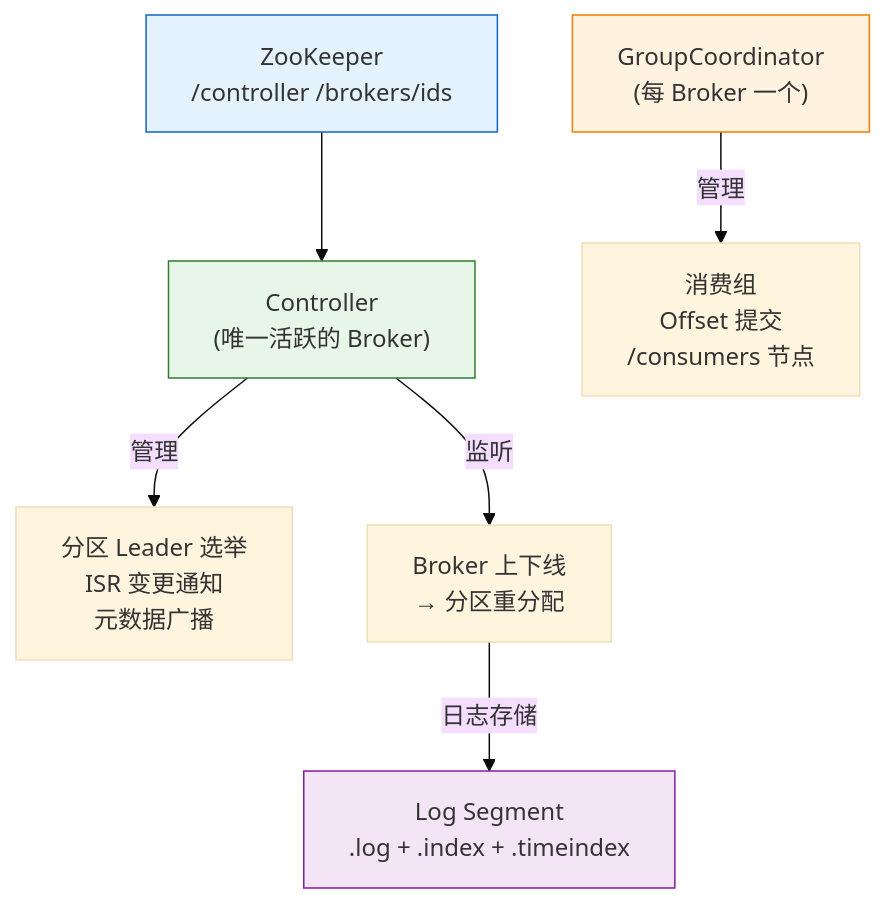
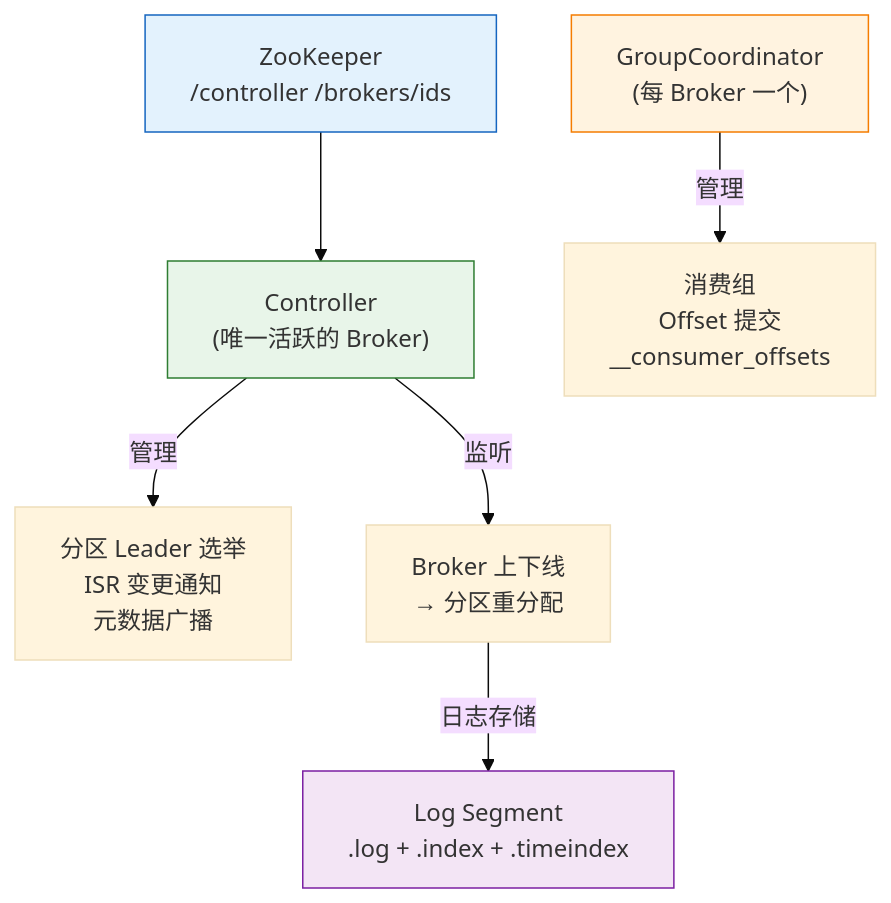
Before and after one commit to guozy502/my-tech-blog: the first of 3 diagrams in content/posts/中间件/Kafka 架构设计深度拆解——Controller、协调者与日志存储.md, drawn with Mermaid (base theme). The commit also changed other lines of this file and 93 other files, not shown here.

Commit message:
chore(blog): 调整图片

````diff
--- a/content/posts/中间件/Kafka 架构设计深度拆解——Controller、协调者与日志存储.md
+++ b/content/posts/中间件/Kafka 架构设计深度拆解——Controller、协调者与日志存储.md
@@ -9,15 +19,15 @@
 ```mermaid
 flowchart TD
     ZK["ZooKeeper\n/controller /brokers/ids"] --> CTRL["Controller\n(唯一活跃的 Broker)"]
     CTRL -->|"管理"| META["分区 Leader 选举\nISR 变更通知\n元数据广播"]
     CTRL -->|"监听"| BROKER["Broker 上下线\n→ 分区重分配"]
     
-    SUB["GroupCoordinator\n(每 Broker 一个)"] -->|"管理"| CG["消费组\nOffset 提交\n/consumers 节点"]
+    SUB["GroupCoordinator\n(每 Broker 一个)"] -->|"管理"| CG["消费组\nOffset 提交\n__consumer_offsets"]
     
     BROKER -->|"日志存储"| LOG["Log Segment\n.log + .index + .timeindex"]
     
     style ZK fill:#e3f2fd,stroke:#1565c0
     style CTRL fill:#e8f5e9,stroke:#2e7d32
     style SUB fill:#fff3e0,stroke:#f57c00
     style LOG fill:#f3e5f5,stroke:#7b1fa2
 ```
````
